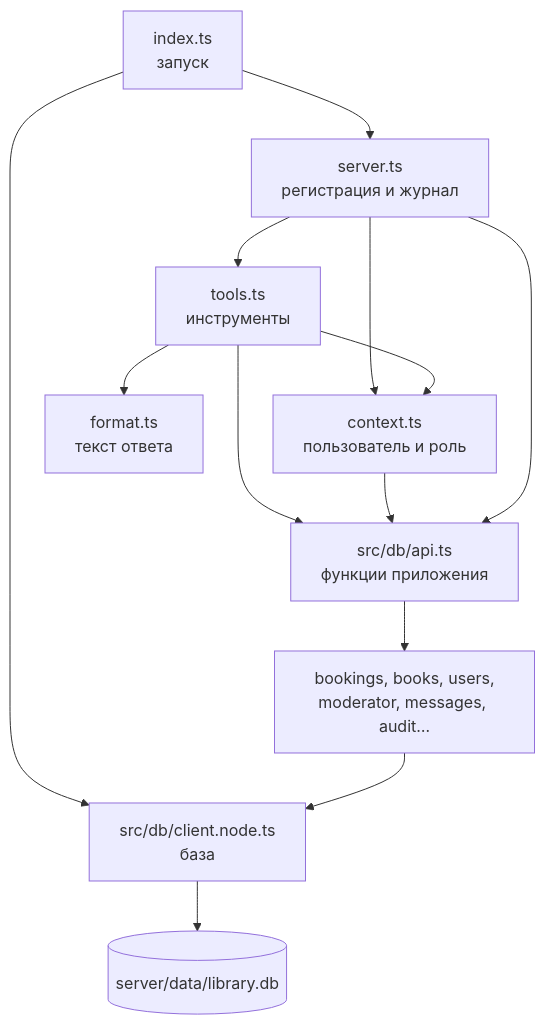
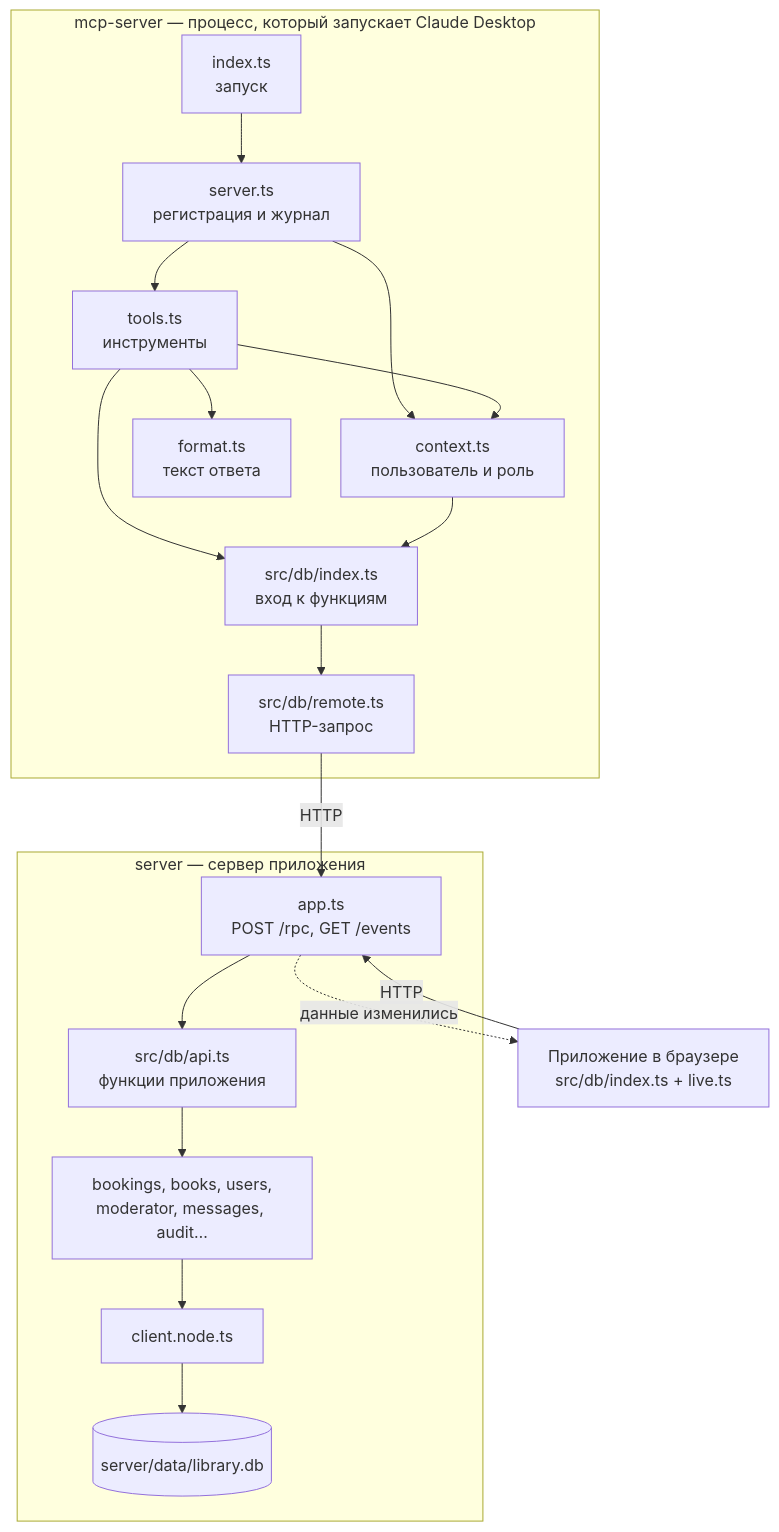
The diagram in docs/MCP-code.md (VasilevaNika/JS_Library), drawn with Mermaid before and after one commit. The commit also changed other lines of this file and 4 other files, not shown here.

Commit message:
step 37: проверка Claude → браузер, документация под работу MCP через сервер приложения

````diff
--- a/docs/MCP-code.md
+++ b/docs/MCP-code.md
@@ -53,15 +65,22 @@
 ```mermaid
 flowchart TD
-    I[index.ts<br/>запуск] --> S[server.ts<br/>регистрация и журнал]
-    I --> CL[src/db/client.node.ts<br/>база]
-    S --> T[tools.ts<br/>инструменты]
-    S --> CX[context.ts<br/>пользователь и роль]
-    T --> CX
-    T --> F[format.ts<br/>текст ответа]
-    T --> API[src/db/api.ts<br/>функции приложения]
-    CX --> API
-    S --> API
-    API --> DB[bookings, books, users,<br/>moderator, messages, audit…]
-    DB --> CL
-    CL --> FILE[(server/data/library.db)]
+    subgraph MCP[mcp-server — процесс, который запускает Claude Desktop]
+      I[index.ts<br/>запуск] --> S[server.ts<br/>регистрация и журнал]
+      S --> T[tools.ts<br/>инструменты]
+      S --> CX[context.ts<br/>пользователь и роль]
+      T --> CX
+      T --> F[format.ts<br/>текст ответа]
+      T --> IX[src/db/index.ts<br/>вход к функциям]
+      CX --> IX
+      IX --> R[src/db/remote.ts<br/>HTTP-запрос]
+    end
+    subgraph APP[server — сервер приложения]
+      A[app.ts<br/>POST /rpc, GET /events] --> API[src/db/api.ts<br/>функции приложения]
+      API --> DB[bookings, books, users,<br/>moderator, messages, audit…]
+      DB --> CL[client.node.ts]
+      CL --> FILE[(server/data/library.db)]
+    end
+    R -->|HTTP| A
+    W[Приложение в браузере<br/>src/db/index.ts + live.ts] -->|HTTP| A
+    A -.->|данные изменились| W
 ```
````
